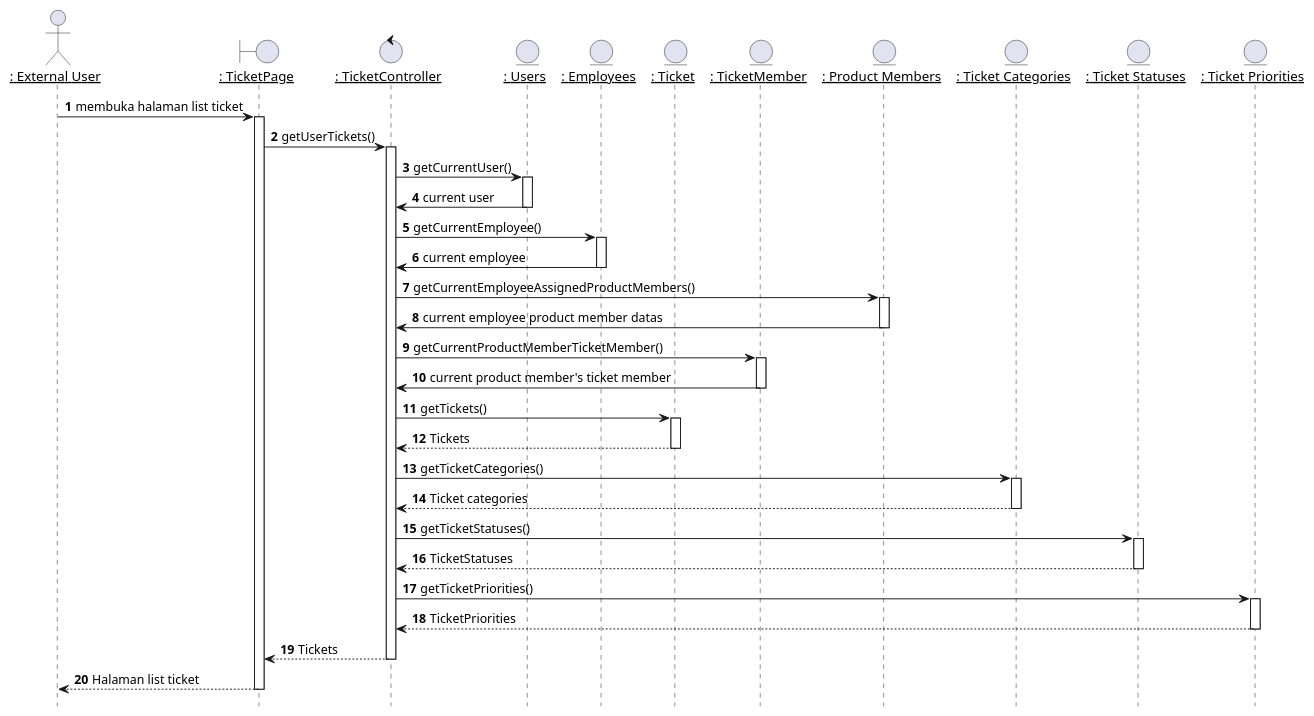
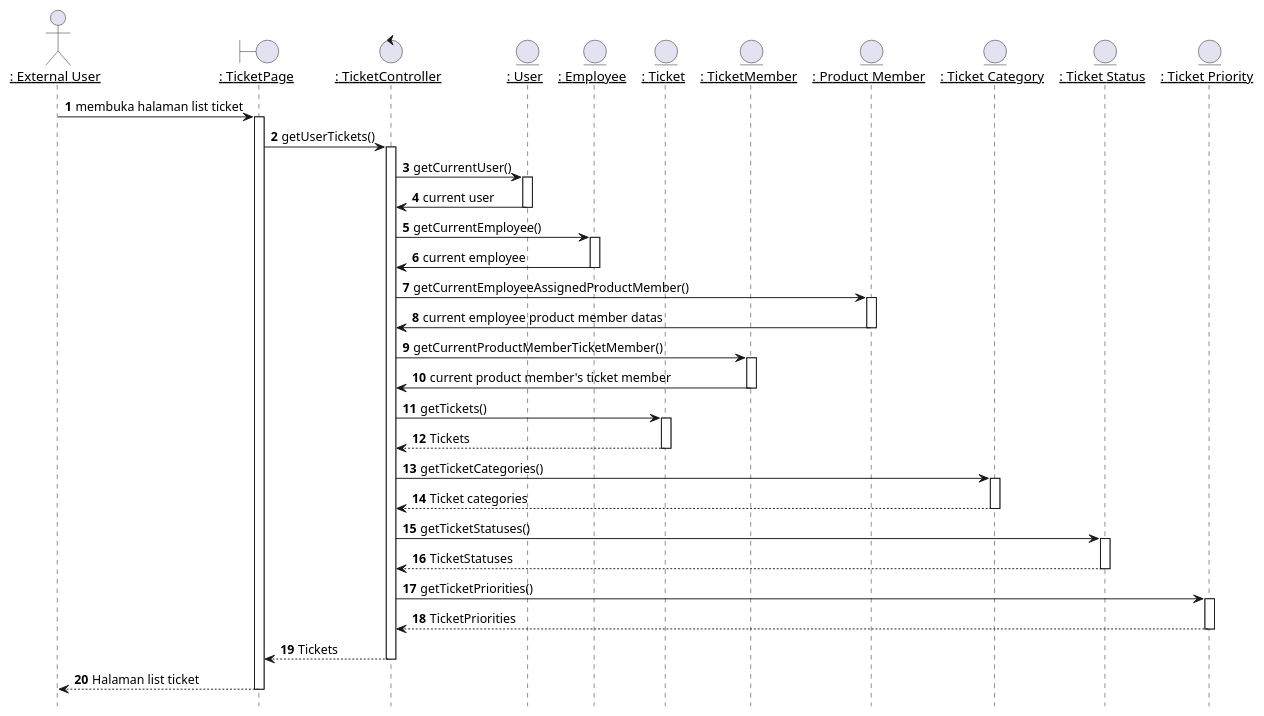
One commit to TAS-PKL/Laporan-PKL-Ticketing changed the diagram in plantuml/sequence/ex/ex1.puml. Above: the diagram before and after it, drawn with PlantUML. The commit also changed 47 other files, not shown here.

```diff
--- a/plantuml/sequence/ex/ex1.puml
+++ b/plantuml/sequence/ex/ex1.puml
@@ -1,84 +1,86 @@
 @startuml Melihat List Ticket
 
 hide footbox
 
 ' title "Melihat List Ticket"
 
 actor EU as "__: External User__"
 boundary TicketPage as "__: TicketPage__"
 control TicketController as "__: TicketController__"
-entity Users as "__: Users__"
-entity Employees as "__: Employees__"
+entity User as "__: User__"
+entity Employee as "__: Employee__"
 entity Ticket as "__: Ticket__"
 entity TicketMember as "__: TicketMember__"
-entity ProductMembers as "__: Product Members__"
+entity ProductMember as "__: Product Member__"
 ' entity ProductMemberRoles as "__: Product Member Roles__"
-entity TicketCategories as "__: Ticket Categories__"
-entity TicketStatuses as "__: Ticket Statuses__"
-entity TicketPriorities as "__: Ticket Priorities__"
-' entity Products as "__: Products__"
+entity TicketCategories as "__: Ticket Category__"
+entity TicketStatuses as "__: Ticket Status__"
+entity TicketPriorities as "__: Ticket Priority__"
+' entityProductas "__: Products__"
 ' entity Companies as "__: Companies__"
 
 autonumber 1
 EU -> TicketPage: membuka halaman list ticket
 activate TicketPage
 
 TicketPage -> TicketController: getUserTickets()
 activate TicketController
 
-TicketController -> Users: getCurrentUser()
-activate Users
+TicketController -> User: getCurrentUser()
+activate User
 
-Users -> TicketController: current user
-deactivate Users
+User -> TicketController: current user
+deactivate User
 
-TicketController -> Employees: getCurrentEmployee()
-activate Employees
+TicketController -> Employee: getCurrentEmployee()
+activate Employee
 
-Employees -> TicketController: current employee
-deactivate Employees
+Employee -> TicketController: current employee
+deactivate Employee
 
-TicketController -> ProductMembers: getCurrentEmployeeAssignedProductMembers()
-activate ProductMembers
+TicketController -> ProductMember: getCurrentEmployeeAssignedProductMember()
+activate ProductMember
 
-ProductMembers -> TicketController: current employee product member datas
-deactivate ProductMembers
+ProductMember -> TicketController: current employee product member datas
+deactivate ProductMember
 
 TicketController -> TicketMember: getCurrentProductMemberTicketMember()
 activate TicketMember
 
 TicketMember -> TicketController: current product member's ticket member
 deactivate TicketMember
 
 TicketController -> Ticket: getTickets()
 activate Ticket
 
 Ticket --> TicketController : Tickets
 deactivate Ticket
 
 TicketController -> TicketCategories: getTicketCategories()
 activate TicketCategories
 
 TicketCategories --> TicketController : Ticket categories
 deactivate TicketCategories
 
 TicketController -> TicketStatuses: getTicketStatuses()
 activate TicketStatuses
 
 TicketStatuses --> TicketController : TicketStatuses
 deactivate TicketStatuses
 
 TicketController -> TicketPriorities: getTicketPriorities()
 activate TicketPriorities
 
 TicketPriorities --> TicketController : TicketPriorities
 deactivate TicketPriorities
 
+' TicketController -> TicketController : resolveRelation()
+
 TicketController --> TicketPage : Tickets
 deactivate TicketController
 
 TicketPage --> EU : Halaman list ticket
 deactivate TicketPage
 
 
 @enduml
```
